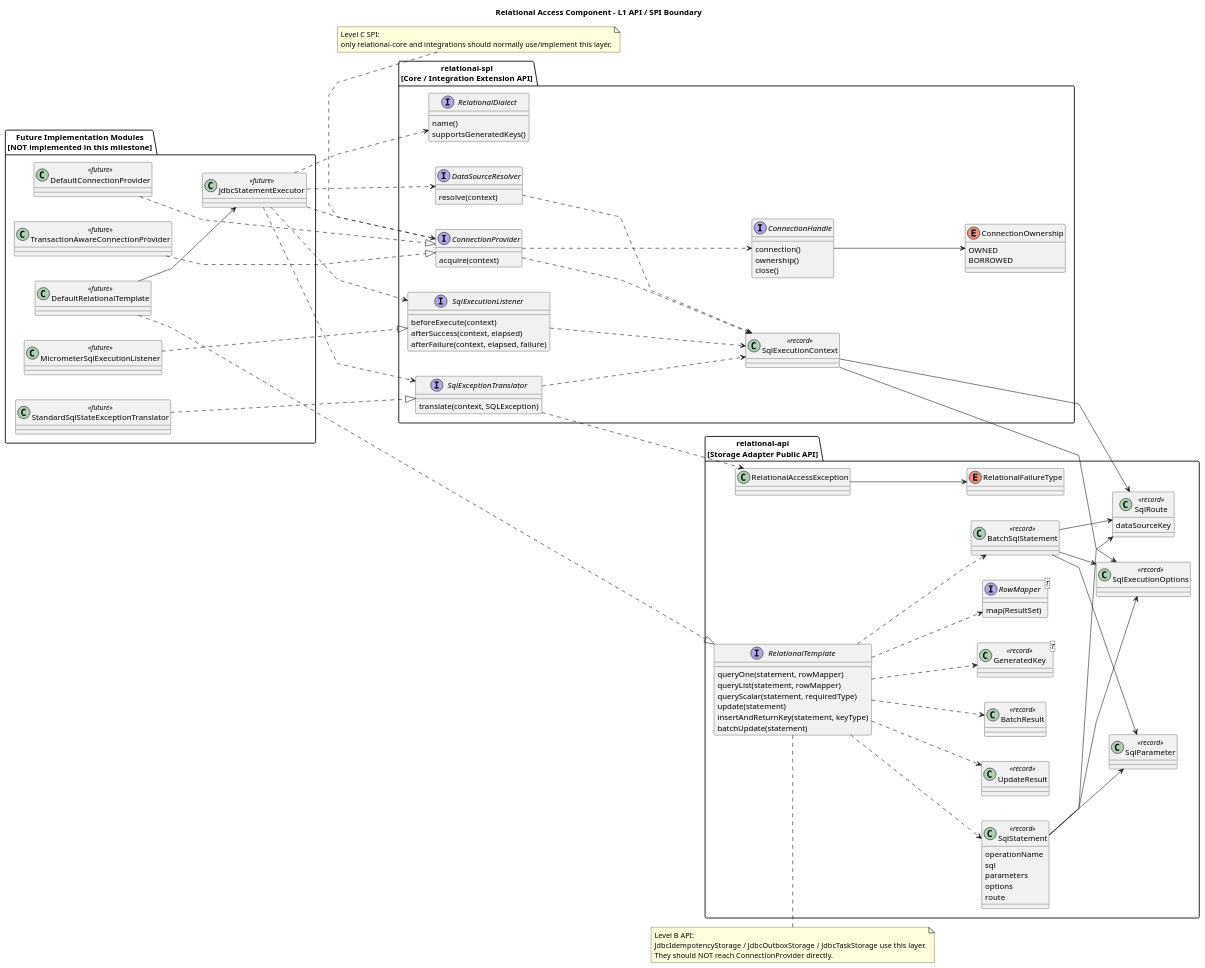
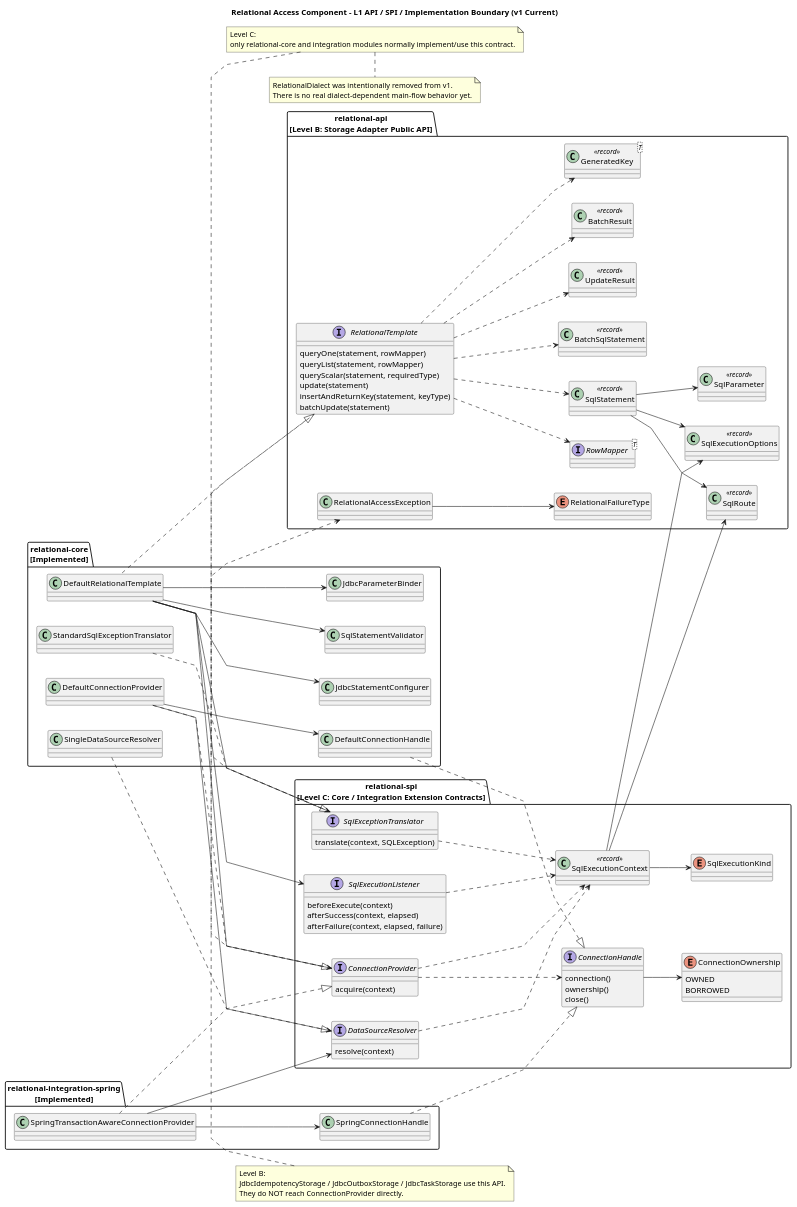
The diagram in component/relational-access-component/docs/component/01-api-spi-boundary.puml (pbxjtumse/cola-web-standard), drawn with PlantUML before and after one commit. The commit also changed 4 other files, not shown here.

Commit message:
docs(relational-access): remove stale design-only references

```diff
--- a/component/relational-access-component/docs/component/01-api-spi-boundary.puml
+++ b/component/relational-access-component/docs/component/01-api-spi-boundary.puml
@@ -1,134 +1,135 @@
 @startuml
-title Relational Access Component - L1 API / SPI Boundary
+title Relational Access Component - L1 API / SPI / Implementation Boundary (v1 Current)
 
 left to right direction
 skinparam shadowing false
 skinparam linetype polyline
 skinparam classAttributeIconSize 0
 skinparam nodesep 45
 skinparam ranksep 55
 
-package "relational-api\n[Storage Adapter Public API]" {
+package "relational-api\n[Level B: Storage Adapter Public API]" {
   interface RelationalTemplate {
     queryOne(statement, rowMapper)
     queryList(statement, rowMapper)
     queryScalar(statement, requiredType)
     update(statement)
     insertAndReturnKey(statement, keyType)
     batchUpdate(statement)
   }
-
-  interface "RowMapper<T>" as RowMapper {
-    map(ResultSet)
-  }
-
-  class SqlStatement <<record>> {
-    operationName
-    sql
-    parameters
-    options
-    route
-  }
-
+  interface "RowMapper<T>" as RowMapper
+  class SqlStatement <<record>>
   class BatchSqlStatement <<record>>
   class SqlParameter <<record>>
   class SqlExecutionOptions <<record>>
-  class SqlRoute <<record>> {
-    dataSourceKey
-  }
+  class SqlRoute <<record>>
   class UpdateResult <<record>>
   class BatchResult <<record>>
   class "GeneratedKey<T>" as GeneratedKey <<record>>
   class RelationalAccessException
   enum RelationalFailureType
 }
 
-package "relational-spi\n[Core / Integration Extension API]" {
+package "relational-spi\n[Level C: Core / Integration Extension Contracts]" {
   interface ConnectionProvider {
     acquire(context)
   }
   interface ConnectionHandle {
     connection()
     ownership()
     close()
   }
   enum ConnectionOwnership {
     OWNED
     BORROWED
   }
   interface DataSourceResolver {
     resolve(context)
   }
   interface SqlExceptionTranslator {
     translate(context, SQLException)
   }
-  interface RelationalDialect {
-    name()
-    supportsGeneratedKeys()
-  }
   interface SqlExecutionListener {
     beforeExecute(context)
     afterSuccess(context, elapsed)
     afterFailure(context, elapsed, failure)
   }
   class SqlExecutionContext <<record>>
+  enum SqlExecutionKind
 }
 
-package "Future Implementation Modules\n[NOT implemented in this milestone]" {
-  class DefaultRelationalTemplate <<future>>
-  class JdbcStatementExecutor <<future>>
-  class DefaultConnectionProvider <<future>>
-  class TransactionAwareConnectionProvider <<future>>
-  class StandardSqlStateExceptionTranslator <<future>>
-  class MicrometerSqlExecutionListener <<future>>
+package "relational-core\n[Implemented]" {
+  class DefaultRelationalTemplate
+  class SqlStatementValidator
+  class JdbcParameterBinder
+  class JdbcStatementConfigurer
+  class DefaultConnectionProvider
+  class DefaultConnectionHandle
+  class SingleDataSourceResolver
+  class StandardSqlExceptionTranslator
 }
+
+package "relational-integration-spring\n[Implemented]" {
+  class SpringTransactionAwareConnectionProvider
+  class SpringConnectionHandle
+}
+
+RelationalTemplate <|.. DefaultRelationalTemplate
+DefaultRelationalTemplate --> SqlStatementValidator
+DefaultRelationalTemplate --> JdbcParameterBinder
+DefaultRelationalTemplate --> JdbcStatementConfigurer
+DefaultRelationalTemplate --> ConnectionProvider
+DefaultRelationalTemplate --> SqlExceptionTranslator
+DefaultRelationalTemplate --> SqlExecutionListener
 
 RelationalTemplate ..> SqlStatement
 RelationalTemplate ..> BatchSqlStatement
 RelationalTemplate ..> RowMapper
 RelationalTemplate ..> UpdateResult
 RelationalTemplate ..> BatchResult
 RelationalTemplate ..> GeneratedKey
-
 SqlStatement --> SqlParameter
 SqlStatement --> SqlExecutionOptions
 SqlStatement --> SqlRoute
-BatchSqlStatement --> SqlParameter
-BatchSqlStatement --> SqlExecutionOptions
-BatchSqlStatement --> SqlRoute
 RelationalAccessException --> RelationalFailureType
 
 ConnectionProvider ..> SqlExecutionContext
 ConnectionProvider ..> ConnectionHandle
 ConnectionHandle --> ConnectionOwnership
 DataSourceResolver ..> SqlExecutionContext
 SqlExceptionTranslator ..> SqlExecutionContext
 SqlExceptionTranslator ..> RelationalAccessException
 SqlExecutionListener ..> SqlExecutionContext
 SqlExecutionContext --> SqlExecutionOptions
 SqlExecutionContext --> SqlRoute
+SqlExecutionContext --> SqlExecutionKind
 
-DefaultRelationalTemplate ..|> RelationalTemplate
-DefaultRelationalTemplate --> JdbcStatementExecutor
-JdbcStatementExecutor ..> ConnectionProvider
-JdbcStatementExecutor ..> DataSourceResolver
-JdbcStatementExecutor ..> SqlExceptionTranslator
-JdbcStatementExecutor ..> RelationalDialect
-JdbcStatementExecutor ..> SqlExecutionListener
 DefaultConnectionProvider ..|> ConnectionProvider
-TransactionAwareConnectionProvider ..|> ConnectionProvider
-StandardSqlStateExceptionTranslator ..|> SqlExceptionTranslator
-MicrometerSqlExecutionListener ..|> SqlExecutionListener
+DefaultConnectionProvider --> DataSourceResolver
+DefaultConnectionProvider --> DefaultConnectionHandle
+DefaultConnectionHandle ..|> ConnectionHandle
+SingleDataSourceResolver ..|> DataSourceResolver
+StandardSqlExceptionTranslator ..|> SqlExceptionTranslator
+
+SpringTransactionAwareConnectionProvider ..|> ConnectionProvider
+SpringTransactionAwareConnectionProvider --> DataSourceResolver
+SpringTransactionAwareConnectionProvider --> SpringConnectionHandle
+SpringConnectionHandle ..|> ConnectionHandle
 
 note top of RelationalTemplate
-Level B API:
-JdbcIdempotencyStorage / JdbcOutboxStorage / JdbcTaskStorage use this layer.
-They should NOT reach ConnectionProvider directly.
+Level B:
+JdbcIdempotencyStorage / JdbcOutboxStorage / JdbcTaskStorage use this API.
+They do NOT reach ConnectionProvider directly.
 end note
 
 note top of ConnectionProvider
-Level C SPI:
-only relational-core and integrations should normally use/implement this layer.
+Level C:
+only relational-core and integration modules normally implement/use this contract.
+end note
+
+note bottom
+RelationalDialect was intentionally removed from v1.
+There is no real dialect-dependent main-flow behavior yet.
 end note
 
 @enduml
```
